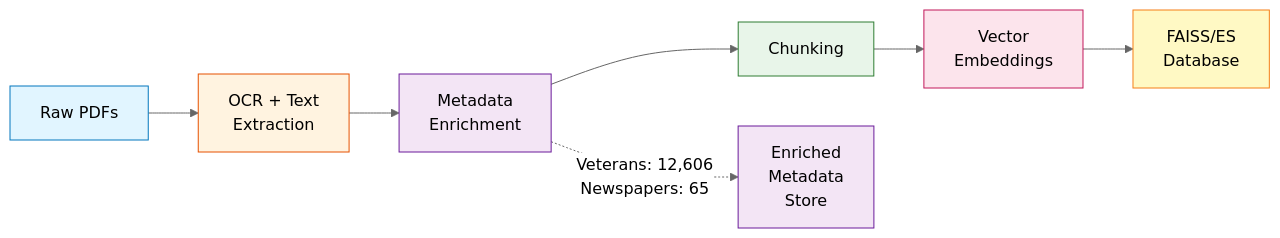
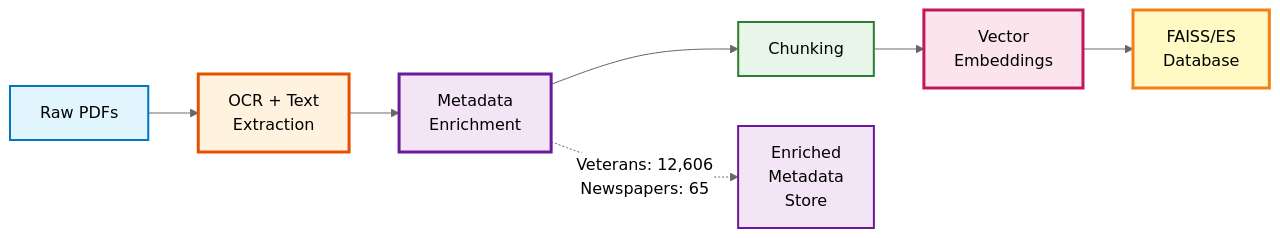
Before and after one commit to jkcrosby3/rag-app: the third of 6 diagrams in docs/ARCHITECTURE_PRESENTATION.md, drawn with Mermaid (neutral theme). The commit also changed other lines of this file and 1 other file, not shown here.

First line of the commit message:
Fix Mermaid diagram syntax errors in architecture docs

````diff
--- a/docs/ARCHITECTURE_PRESENTATION.md
+++ b/docs/ARCHITECTURE_PRESENTATION.md
@@ -73,18 +74,18 @@
 ```mermaid
 flowchart LR
     A[Raw PDFs] --> B[OCR + Text<br/>Extraction]
     B --> C[Metadata<br/>Enrichment]
     C --> D[Chunking]
     D --> E[Vector<br/>Embeddings]
     E --> F[FAISS/ES<br/>Database]
     
     C -.->|Veterans: 12,606<br/>Newspapers: 65| G[Enriched<br/>Metadata<br/>Store]
     
-    style A fill:#e1f5ff,stroke:#0277bd
-    style B fill:#fff3e0,stroke:#e65100
-    style C fill:#f3e5f5,stroke:#6a1b9a
-    style D fill:#e8f5e9,stroke:#2e7d32
-    style E fill:#fce4ec,stroke:#c2185b
-    style F fill:#fff9c4,stroke:#f57f17
-    style G fill:#f3e5f5,stroke:#6a1b9a
+    style A fill:#e1f5ff,stroke:#0277bd,stroke-width:2px
+    style B fill:#fff3e0,stroke:#e65100,stroke-width:3px
+    style C fill:#f3e5f5,stroke:#6a1b9a,stroke-width:3px
+    style D fill:#e8f5e9,stroke:#2e7d32,stroke-width:2px
+    style E fill:#fce4ec,stroke:#c2185b,stroke-width:3px
+    style F fill:#fff9c4,stroke:#f57f17,stroke-width:3px
+    style G fill:#f3e5f5,stroke:#6a1b9a,stroke-width:2px
 ```
````
